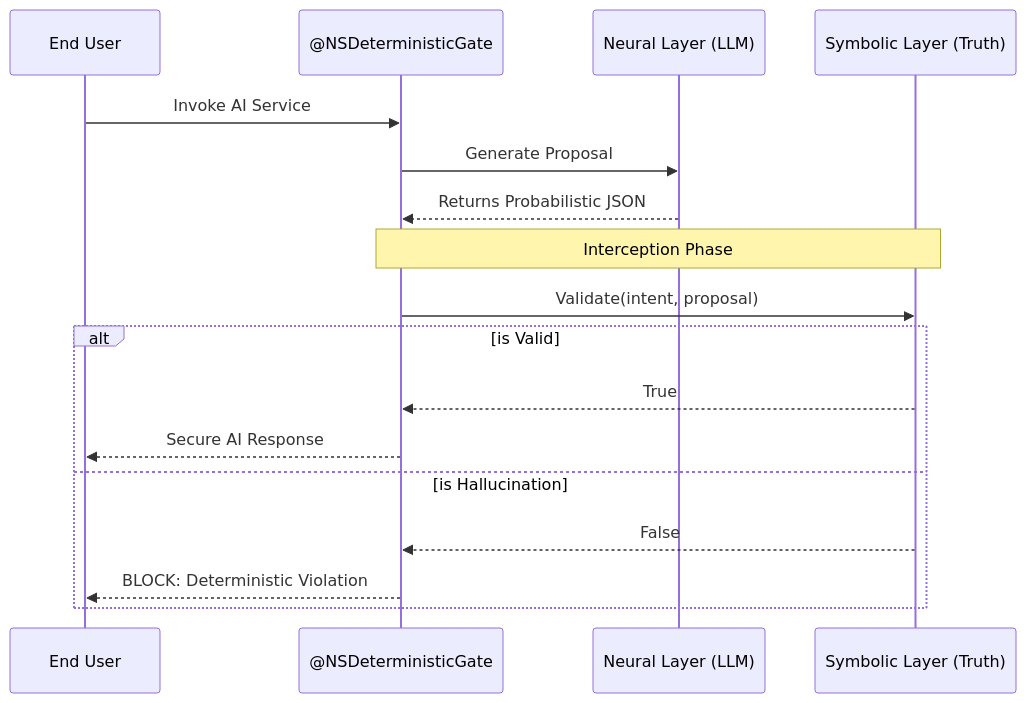
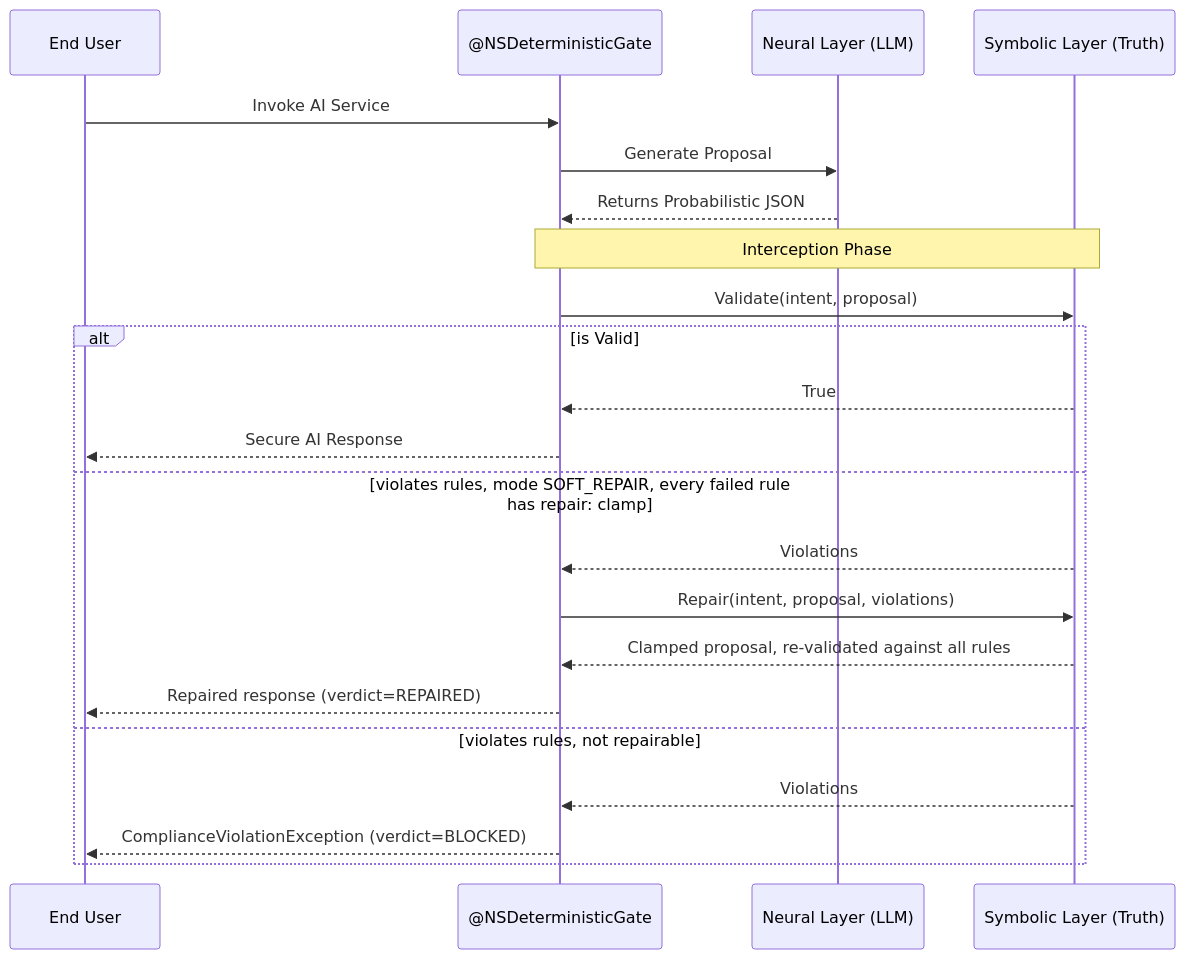
One commit to durgadasepalli/nsai-deterministic-gate changed the diagram in docs/ARCHITECTURE.md. Above: the diagram before and after it, drawn with Mermaid. The commit also changed 15 other files, not shown here.

Commit message:
feat(repair): deterministic rules-based repair with re-validation; remove placeholder ML repair

````diff
--- a/docs/ARCHITECTURE.md
+++ b/docs/ARCHITECTURE.md
@@ -13,21 +13,26 @@
 ```mermaid
 sequenceDiagram
     participant U as End User
     participant A as @NSDeterministicGate
     participant N as Neural Layer (LLM)
     participant S as Symbolic Layer (Truth)
 
     U->>A: Invoke AI Service
     A->>N: Generate Proposal
     N-->>A: Returns Probabilistic JSON
     Note over A,S: Interception Phase
     A->>S: Validate(intent, proposal)
     alt is Valid
         S-->>A: True
         A-->>U: Secure AI Response
-    else is Hallucination
-        S-->>A: False
-        A-->>U: BLOCK: Deterministic Violation
+    else violates rules, mode SOFT_REPAIR, every failed rule has repair: clamp
+        S-->>A: Violations
+        A->>S: Repair(intent, proposal, violations)
+        S-->>A: Clamped proposal, re-validated against all rules
+        A-->>U: Repaired response (verdict=REPAIRED)
+    else violates rules, not repairable
+        S-->>A: Violations
+        A-->>U: ComplianceViolationException (verdict=BLOCKED)
     end
 
 ```
````
